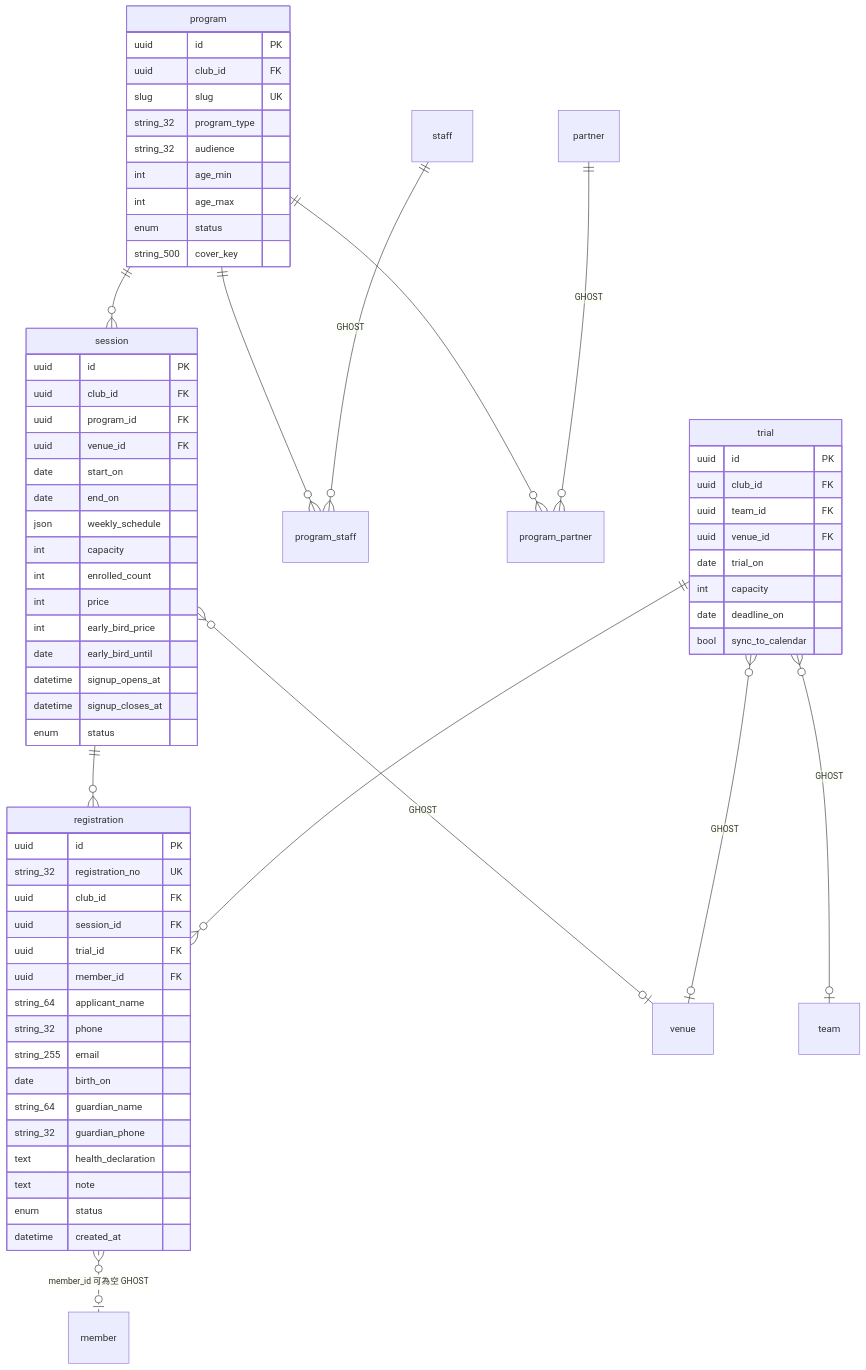
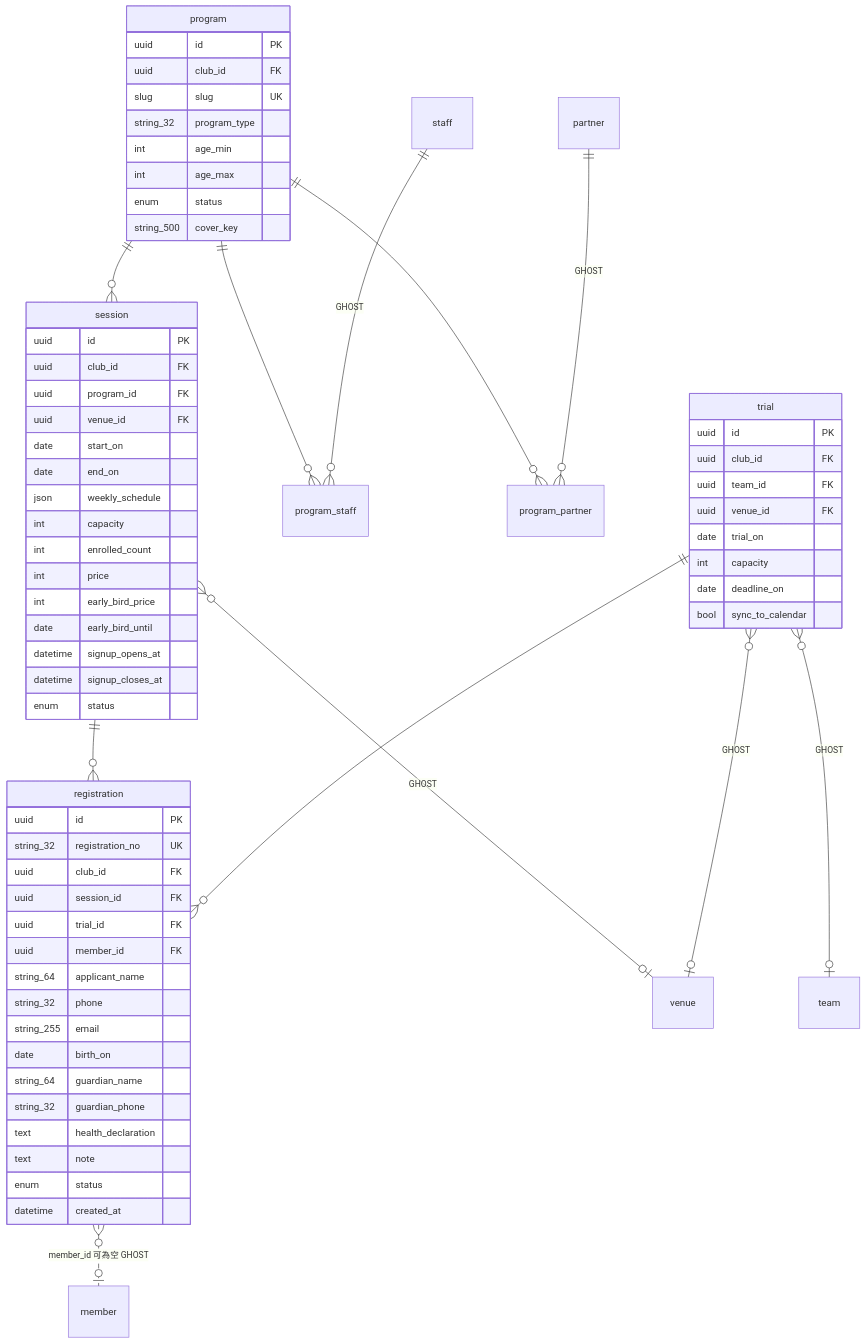
The fifth of 17 diagrams in docs/12a-database-erd.md (waiting0201/tcrfc), drawn with Mermaid before and after one commit. The commit also changed other lines of this file and 25 other files, not shown here.

````diff
--- a/docs/12a-database-erd.md
+++ b/docs/12a-database-erd.md
@@ -431,70 +429,69 @@
 ```mermaid
 erDiagram
   program ||--o{ session : ""
   program ||--o{ program_staff : ""
   program ||--o{ program_partner : ""
   staff ||--o{ program_staff : "GHOST"
   partner ||--o{ program_partner : "GHOST"
   session ||--o{ registration : ""
   session }o--o| venue : "GHOST"
   trial ||--o{ registration : ""
   trial }o--o| venue : "GHOST"
   trial }o--o| team : "GHOST"
   registration }o..o| member : "member_id 可為空 GHOST"
   program {
     uuid id PK
     uuid club_id FK
     slug slug UK
     string_32 program_type
-    string_32 audience
     int age_min
     int age_max
     enum status
     string_500 cover_key
   }
   session {
     uuid id PK
     uuid club_id FK
     uuid program_id FK
     uuid venue_id FK
     date start_on
     date end_on
     json weekly_schedule
     int capacity
     int enrolled_count
     int price
     int early_bird_price
     date early_bird_until
     datetime signup_opens_at
     datetime signup_closes_at
     enum status
   }
   registration {
     uuid id PK
     string_32 registration_no UK
     uuid club_id FK
     uuid session_id FK
     uuid trial_id FK
     uuid member_id FK
     string_64 applicant_name
     string_32 phone
     string_255 email
     date birth_on
     string_64 guardian_name
     string_32 guardian_phone
     text health_declaration
     text note
     enum status
     datetime created_at
   }
   trial {
     uuid id PK
     uuid club_id FK
     uuid team_id FK
     uuid venue_id FK
     date trial_on
     int capacity
     date deadline_on
     bool sync_to_calendar
   }
 ```
````
